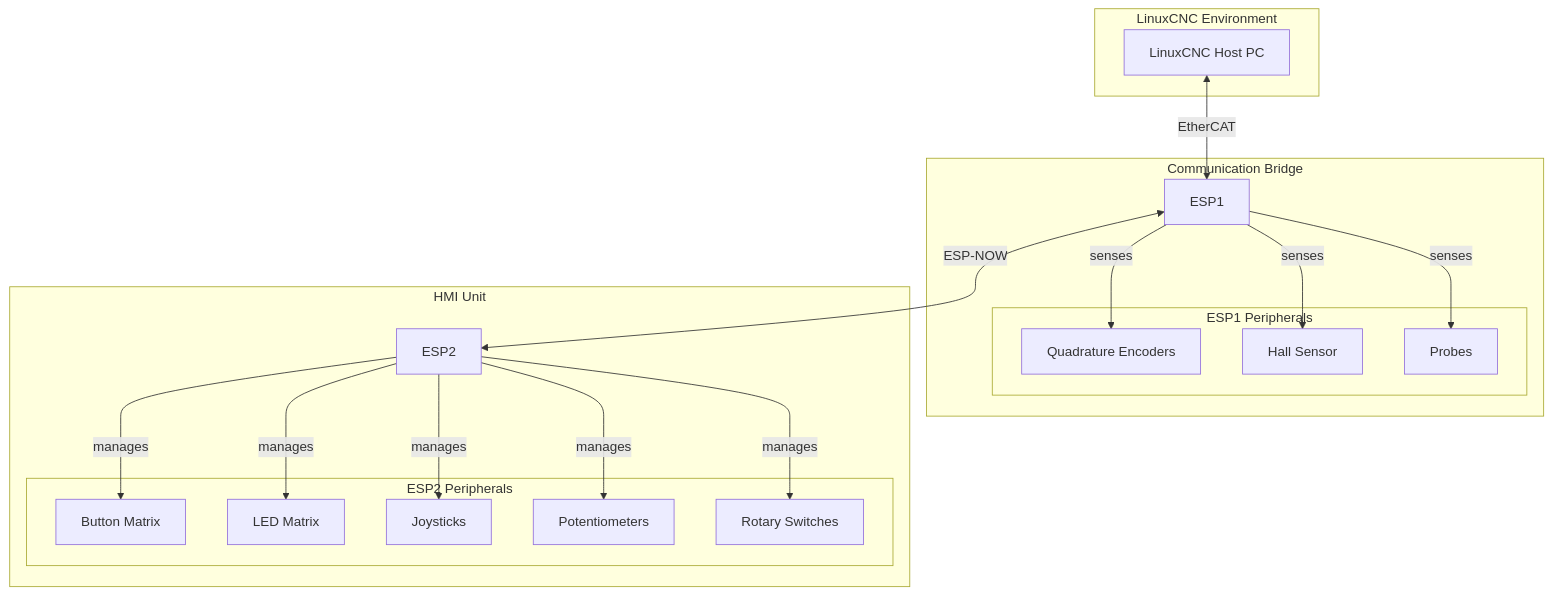
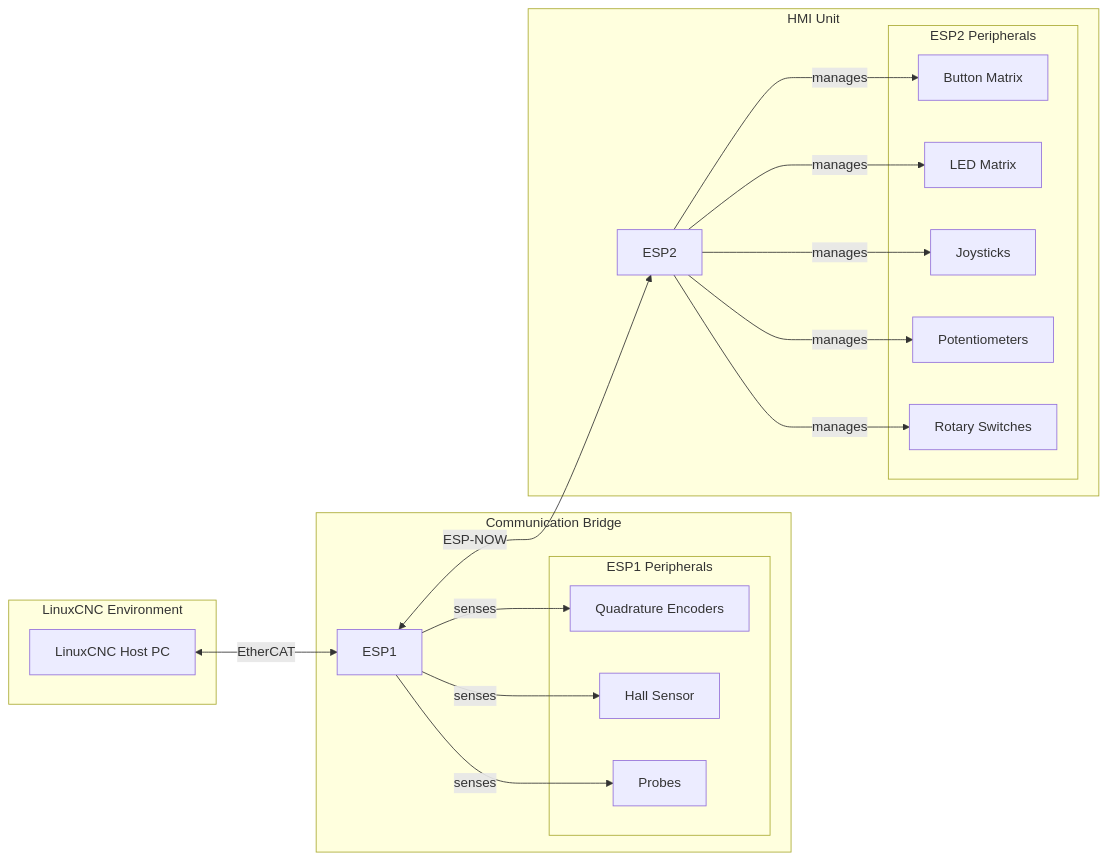
One commit to NoLackOfIdeas/CNCpanel-LinuxCNC-Ethercat-ESP32-ESPnow changed the diagram in README.md. Above: the diagram before and after it, drawn with Mermaid.

````diff
--- a/README.md
+++ b/README.md
@@ -9,31 +9,31 @@
 ```mermaid
-graph TD
+graph LR
     subgraph LinuxCNC Environment
         LCNC[LinuxCNC Host PC]
     end
 
     subgraph Communication Bridge
         ESP1
         subgraph ESP1 Peripherals
             ENC1[Quadrature Encoders]
             HALL[Hall Sensor]
             PROBES[Probes]
         end
     end
 
     subgraph HMI Unit
         ESP2
         subgraph ESP2 Peripherals
             BTN[Button Matrix]
             LED[LED Matrix]
             JOY[Joysticks]
             POTS[Potentiometers]
             ROT[Rotary Switches]
         end
     end
 
     LCNC <-->|EtherCAT| ESP1
     ESP1 <-->|ESP-NOW| ESP2
     ESP1 -- senses --> ENC1 & HALL & PROBES
     ESP2 -- manages --> BTN & LED & JOY & POTS & ROT
 ```
````
